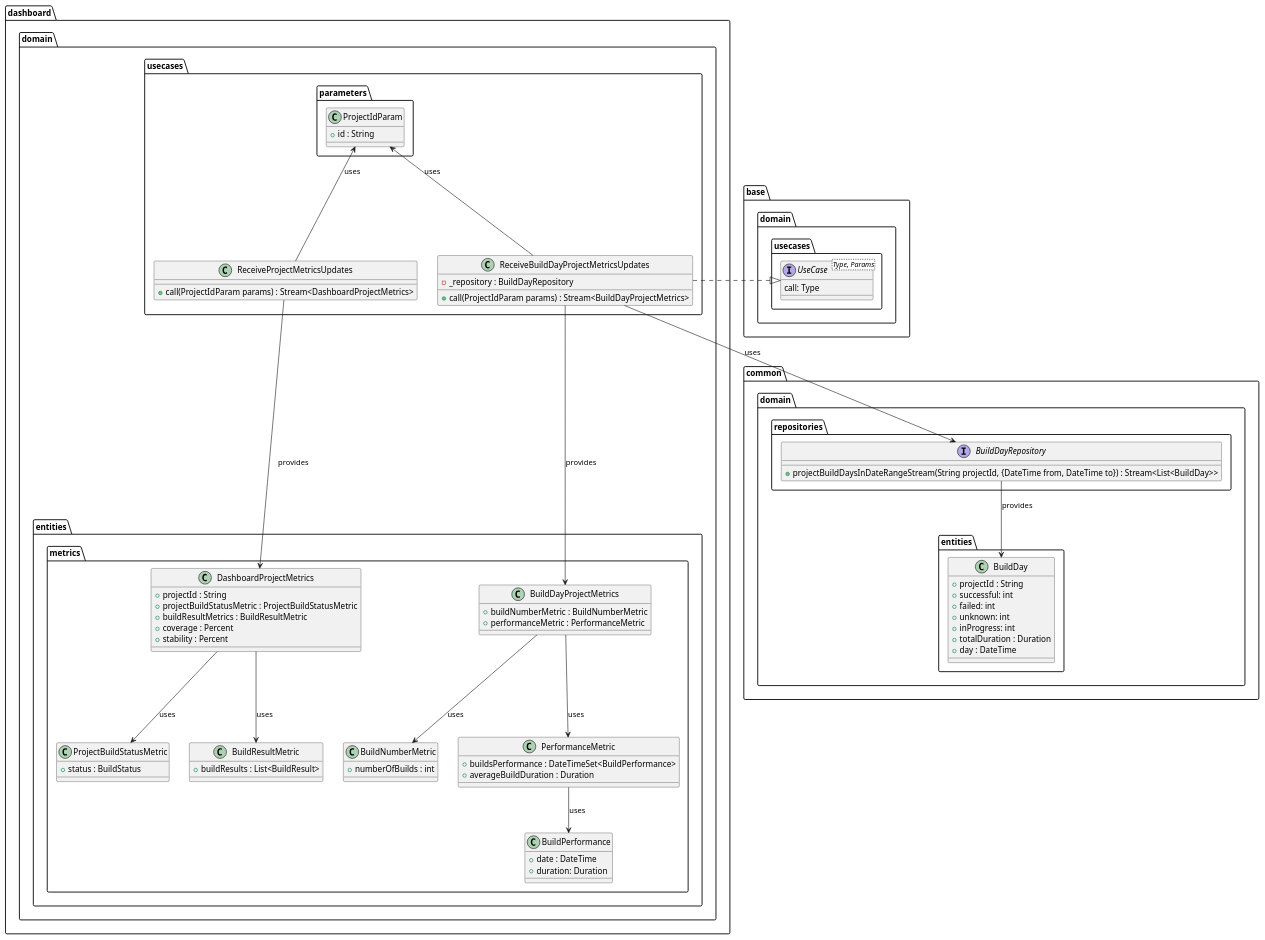
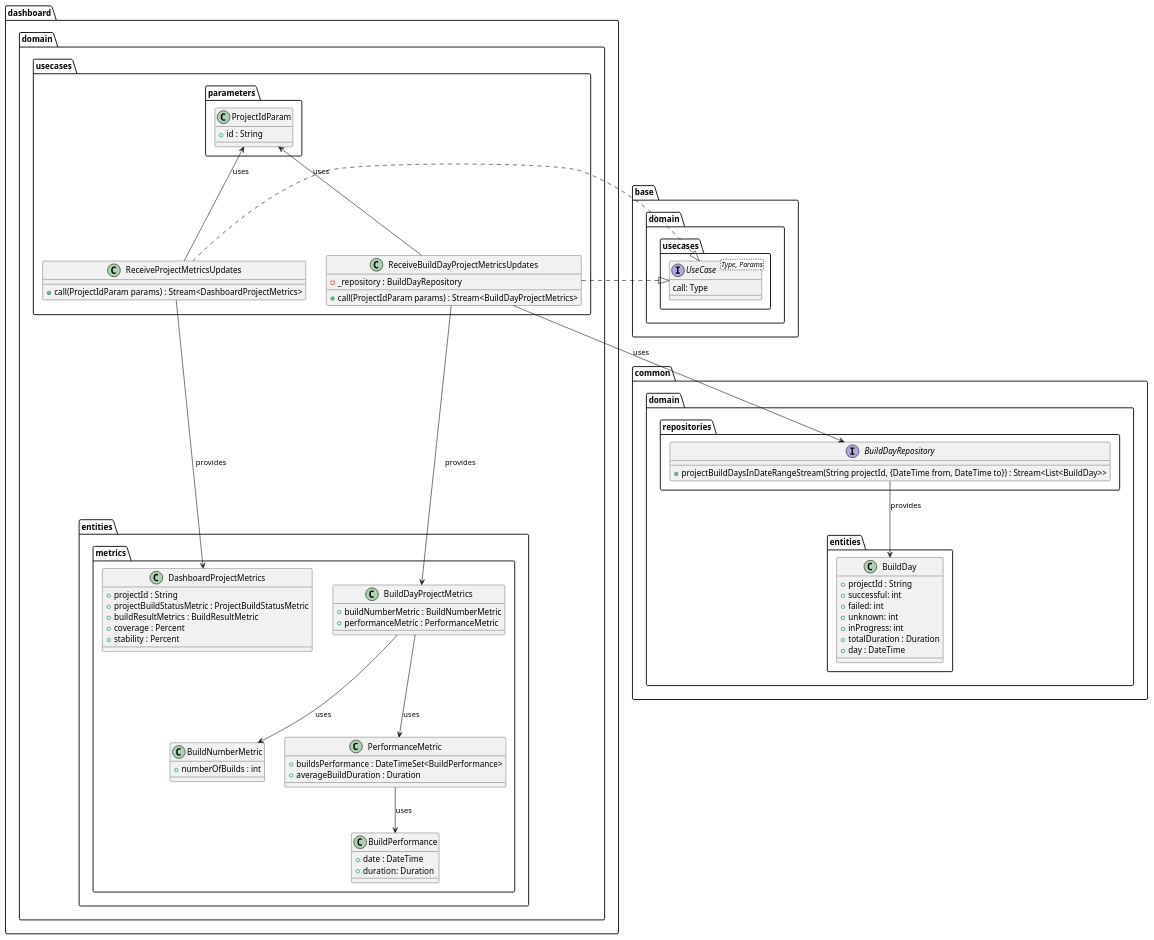
One commit to Flank/flank-dashboard changed the diagram in metrics/web/docs/features/builds_aggregation/diagrams/build_days_domain_layer_class_diagram.puml. Above: the diagram before and after it, drawn with PlantUML. The commit also changed 1 other file, not shown here.

```diff
--- a/metrics/web/docs/features/builds_aggregation/diagrams/build_days_domain_layer_class_diagram.puml
+++ b/metrics/web/docs/features/builds_aggregation/diagrams/build_days_domain_layer_class_diagram.puml
@@ -1,95 +1,87 @@
 @startuml build_days_domain_layer_class_diagram
 
 package common.domain {
     package entities {
         class BuildDay {
             + projectId : String
             + successful: int
             + failed: int
             + unknown: int
             + inProgress: int
             + totalDuration : Duration
             + day : DateTime
         }
     }
 
     package repositories {
         interface BuildDayRepository {
             + projectBuildDaysInDateRangeStream(String projectId, {DateTime from, DateTime to}) : Stream<List<BuildDay>>
         } 
     }
 }
 
 package dashboard.domain {
     package entities.metrics {
         class BuildNumberMetric {
             + numberOfBuilds : int
         }
         class BuildPerformance {
             + date : DateTime
             + duration: Duration
         }
         class PerformanceMetric {
             + buildsPerformance : DateTimeSet<BuildPerformance>
             + averageBuildDuration : Duration
-        }
-        class ProjectBuildStatusMetric {
-            + status : BuildStatus
-        }
-        class BuildResultMetric {
-            + buildResults : List<BuildResult>
         }
         class BuildDayProjectMetrics {
             + buildNumberMetric : BuildNumberMetric
             + performanceMetric : PerformanceMetric
         }
         class DashboardProjectMetrics {
             + projectId : String
             + projectBuildStatusMetric : ProjectBuildStatusMetric
             + buildResultMetrics : BuildResultMetric
             + coverage : Percent
             + stability : Percent
         }
     }
 
     package usecases {
         class ReceiveBuildDayProjectMetricsUpdates {
             - _repository : BuildDayRepository
             + call(ProjectIdParam params) : Stream<BuildDayProjectMetrics>
         }
 
         class ReceiveProjectMetricsUpdates {
             + call(ProjectIdParam params) : Stream<DashboardProjectMetrics>
         }
 
         package parameters {
             class ProjectIdParam {
                 + id : String
             }
         }
     }  
 }
 
 package base.domain.usecases {
     interface UseCase<Type, Params> {
         call: Type
     }
 }
 
 BuildDayRepository --> BuildDay : provides
 ReceiveBuildDayProjectMetricsUpdates -right-..|> UseCase
 ReceiveBuildDayProjectMetricsUpdates --> BuildDayRepository : uses
 ReceiveBuildDayProjectMetricsUpdates -up-> ProjectIdParam : uses
 ReceiveBuildDayProjectMetricsUpdates --> BuildDayProjectMetrics : provides
 
+ReceiveProjectMetricsUpdates -right-..|> UseCase
 ReceiveProjectMetricsUpdates -up-> ProjectIdParam : uses
 ReceiveProjectMetricsUpdates -down--> DashboardProjectMetrics : provides
 
 BuildDayProjectMetrics --> BuildNumberMetric : uses
 BuildDayProjectMetrics --> PerformanceMetric : uses
 PerformanceMetric --> BuildPerformance : uses
 
-DashboardProjectMetrics --> ProjectBuildStatusMetric : uses
-DashboardProjectMetrics --> BuildResultMetric : uses
-
 @enduml
```
